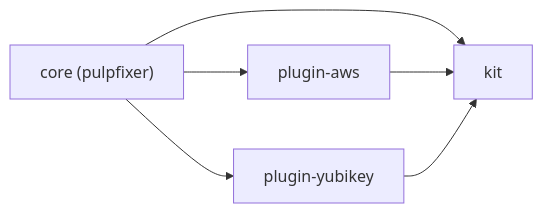
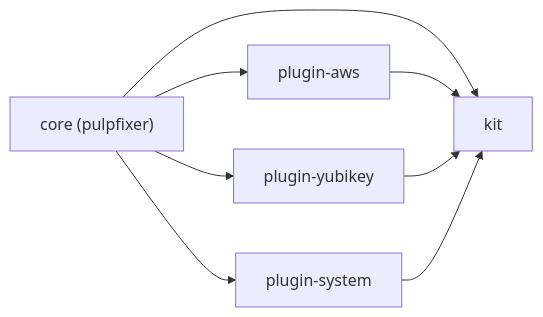
Before and after one commit to maxispecs/pf: the diagram in packages/docs/content/development/index.mdx, drawn with Mermaid. The commit also changed other lines of this file and 29 other files, not shown here.

````diff
--- a/packages/docs/content/development/index.mdx
+++ b/packages/docs/content/development/index.mdx
@@ -17,8 +19,10 @@
 ```mermaid
 flowchart LR
   core["core (pulpfixer)"] --> awsPlugin[plugin-aws]
   core --> ykPlugin[plugin-yubikey]
+  core --> sysPlugin[plugin-system]
   core --> kit
   awsPlugin --> kit
   ykPlugin --> kit
+  sysPlugin --> kit
 ```
````
